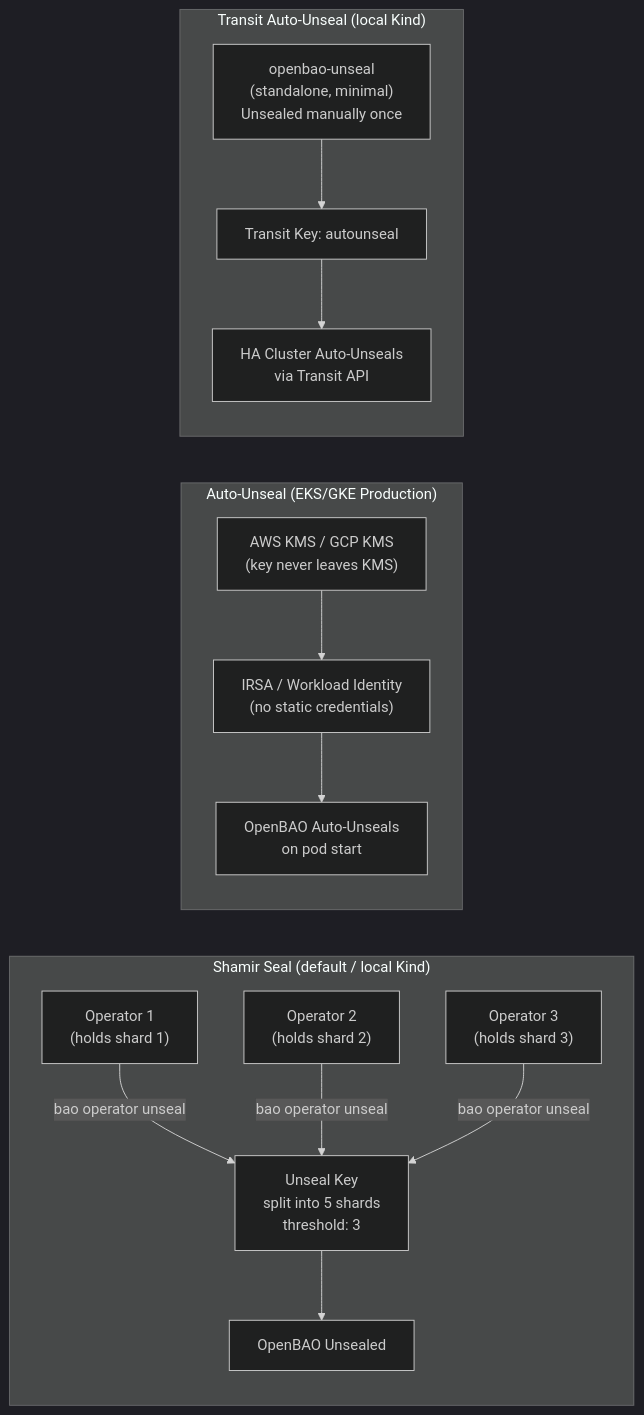
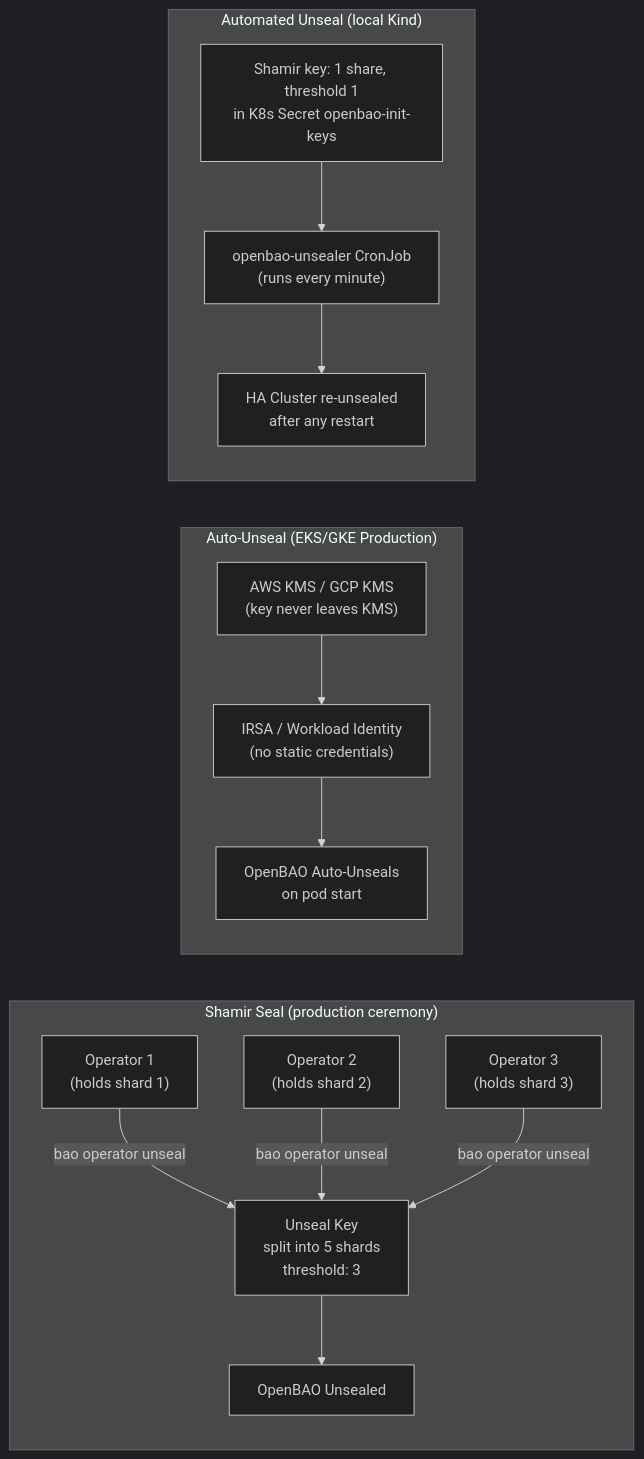
Before and after one commit to duynhlab/homelab: the third of 18 diagrams in docs/secrets/README.md, drawn with Mermaid (dark theme). The commit also changed other lines of this file and 243 other files, not shown here.

````diff
--- a/docs/secrets/README.md
+++ b/docs/secrets/README.md
@@ -202,23 +202,23 @@
 ```mermaid
 flowchart LR
-    subgraph shamir["Shamir Seal (default / local Kind)"]
+    subgraph shamir["Shamir Seal (production ceremony)"]
         sk["Unseal Key\nsplit into 5 shards\nthreshold: 3"]
         op1["Operator 1\n(holds shard 1)"]
         op2["Operator 2\n(holds shard 2)"]
         op3["Operator 3\n(holds shard 3)"]
         op1 & op2 & op3 -->|"bao operator unseal"| sk
         sk --> bao_s["OpenBAO Unsealed"]
     end
 
     subgraph autounseal_kms["Auto-Unseal (EKS/GKE Production)"]
         kms["AWS KMS / GCP KMS\n(key never leaves KMS)"]
         env["IRSA / Workload Identity\n(no static credentials)"]
         kms --> env --> bao_a["OpenBAO Auto-Unseals\non pod start"]
     end
 
-    subgraph autounseal_transit["Transit Auto-Unseal (local Kind)"]
-        unseal_cluster["openbao-unseal\n(standalone, minimal)\nUnsealed manually once"]
-        transit_key["Transit Key: autounseal"]
-        unseal_cluster --> transit_key --> bao_t["HA Cluster Auto-Unseals\nvia Transit API"]
+    subgraph autounseal_local["Automated Unseal (local Kind)"]
+        unseal_secret["Shamir key: 1 share, threshold 1\nin K8s Secret openbao-init-keys"]
+        unsealer_cron["openbao-unsealer CronJob\n(runs every minute)"]
+        unseal_secret --> unsealer_cron --> bao_t["HA Cluster re-unsealed\nafter any restart"]
     end
 ```
````
